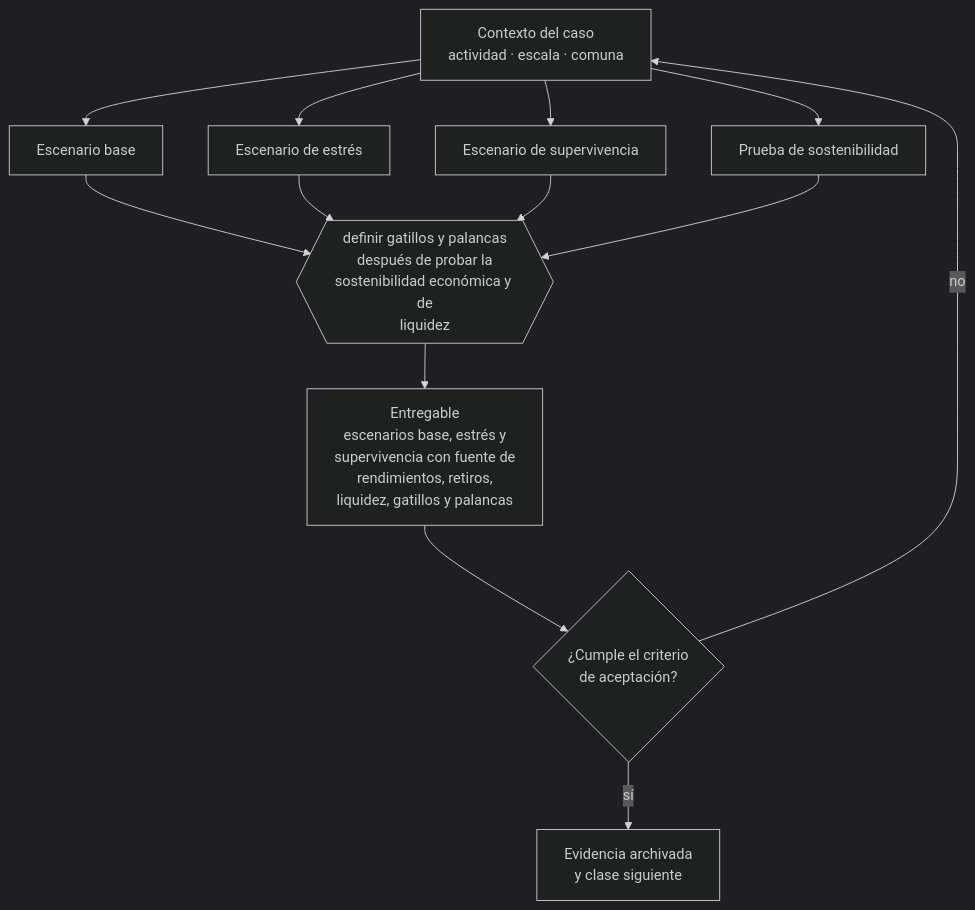
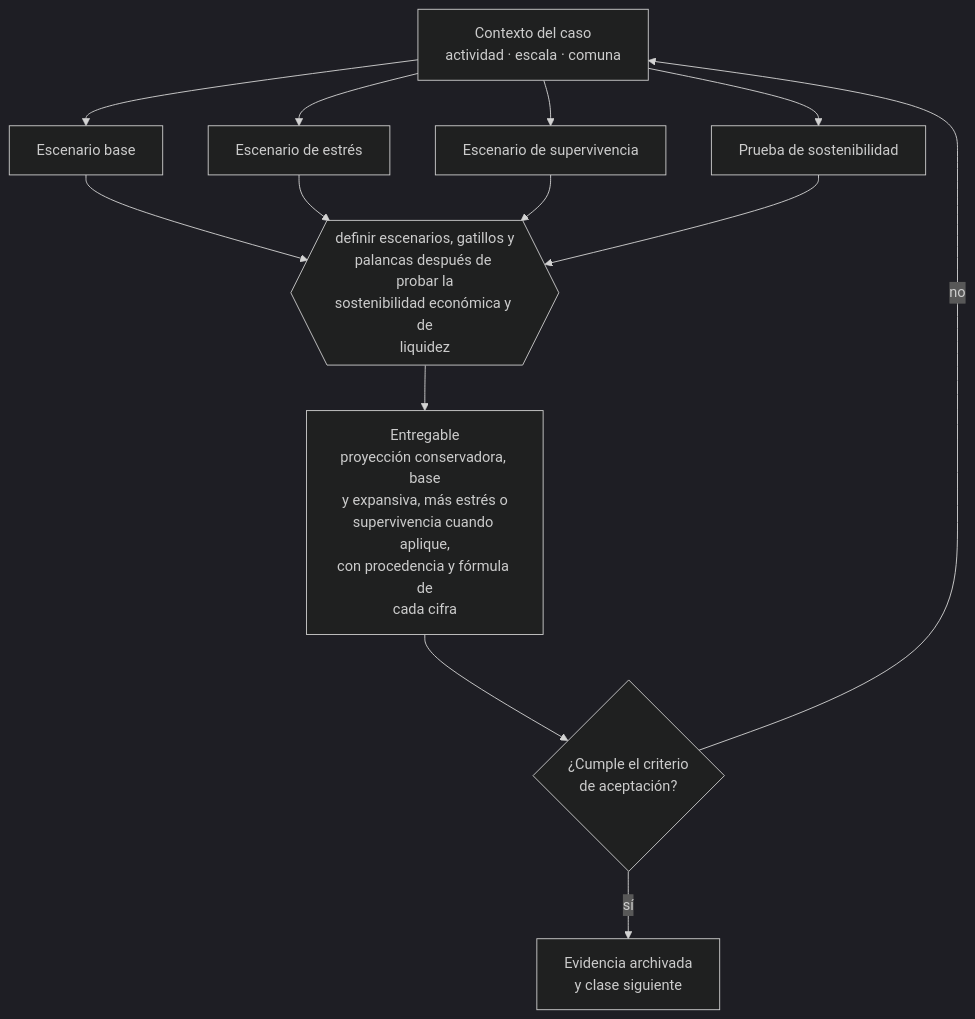
The diagram in curriculum/part-09-finanzas-caja-precios-y-economia-unitaria/class-12-escenarios-base-estres-y-supervivencia/README.md (vladimiracunadev-create/modern-business-creation-program), drawn with Mermaid (dark theme) before and after one commit. The commit also changed other lines of this file and 48 other files, not shown here.

````diff
--- a/curriculum/part-09-finanzas-caja-precios-y-economia-unitaria/class-12-escenarios-base-estres-y-supervivencia/README.md
+++ b/curriculum/part-09-finanzas-caja-precios-y-economia-unitaria/class-12-escenarios-base-estres-y-supervivencia/README.md
@@ -34,13 +34,13 @@
 ```mermaid
 flowchart TB
     C["Contexto del caso<br/>actividad · escala · comuna"]
     C --> A1["Escenario base"]
     C --> A2["Escenario de estrés"]
     C --> A3["Escenario de supervivencia"]
     C --> A4["Prueba de sostenibilidad"]
-    A1 & A2 & A3 & A4 --> D{{"definir gatillos y palancas<br/>después de probar la<br/>sostenibilidad económica y de<br/>liquidez"}}
-    D --> E["Entregable<br/>escenarios base, estrés y<br/>supervivencia con fuente de<br/>rendimientos, retiros,<br/>liquidez, gatillos y palancas"]
+    A1 & A2 & A3 & A4 --> D{{"definir escenarios, gatillos y<br/>palancas después de probar la<br/>sostenibilidad económica y de<br/>liquidez"}}
+    D --> E["Entregable<br/>proyección conservadora, base<br/>y expansiva, más estrés o<br/>supervivencia cuando aplique,<br/>con procedencia y fórmula de<br/>cada cifra"]
     E --> V{"¿Cumple el criterio<br/>de aceptación?"}
     V -->|sí| S["Evidencia archivada<br/>y clase siguiente"]
     V -->|no| C
 ```
````
